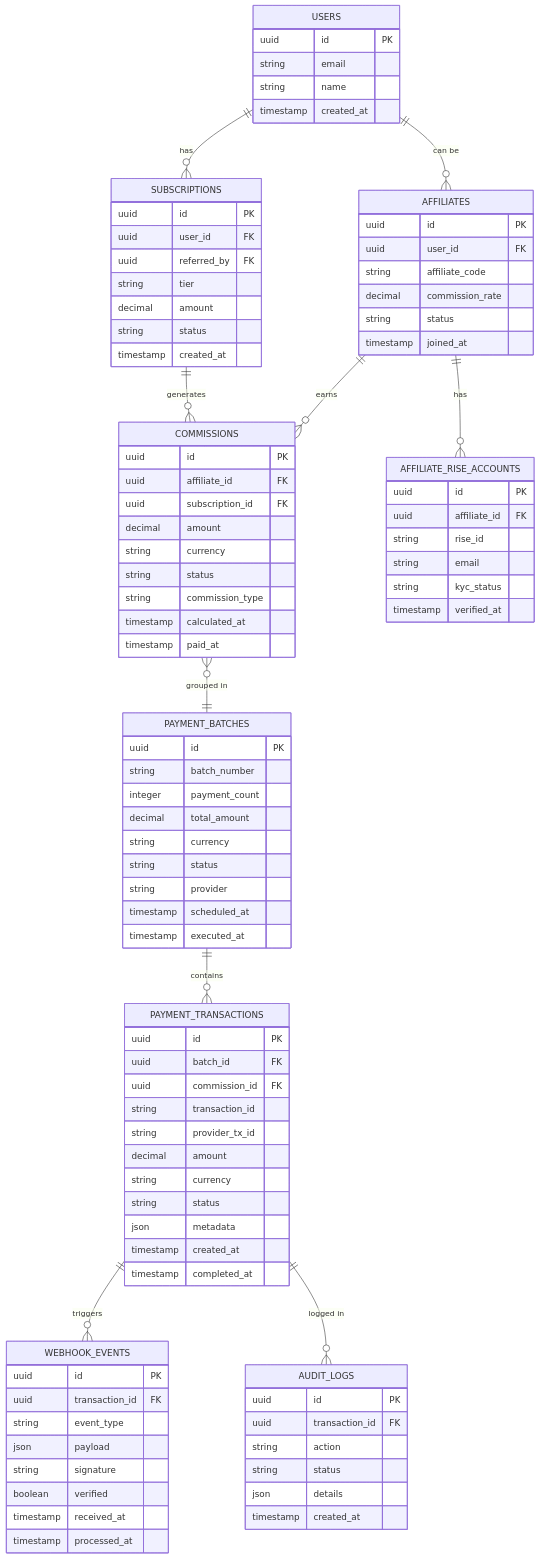
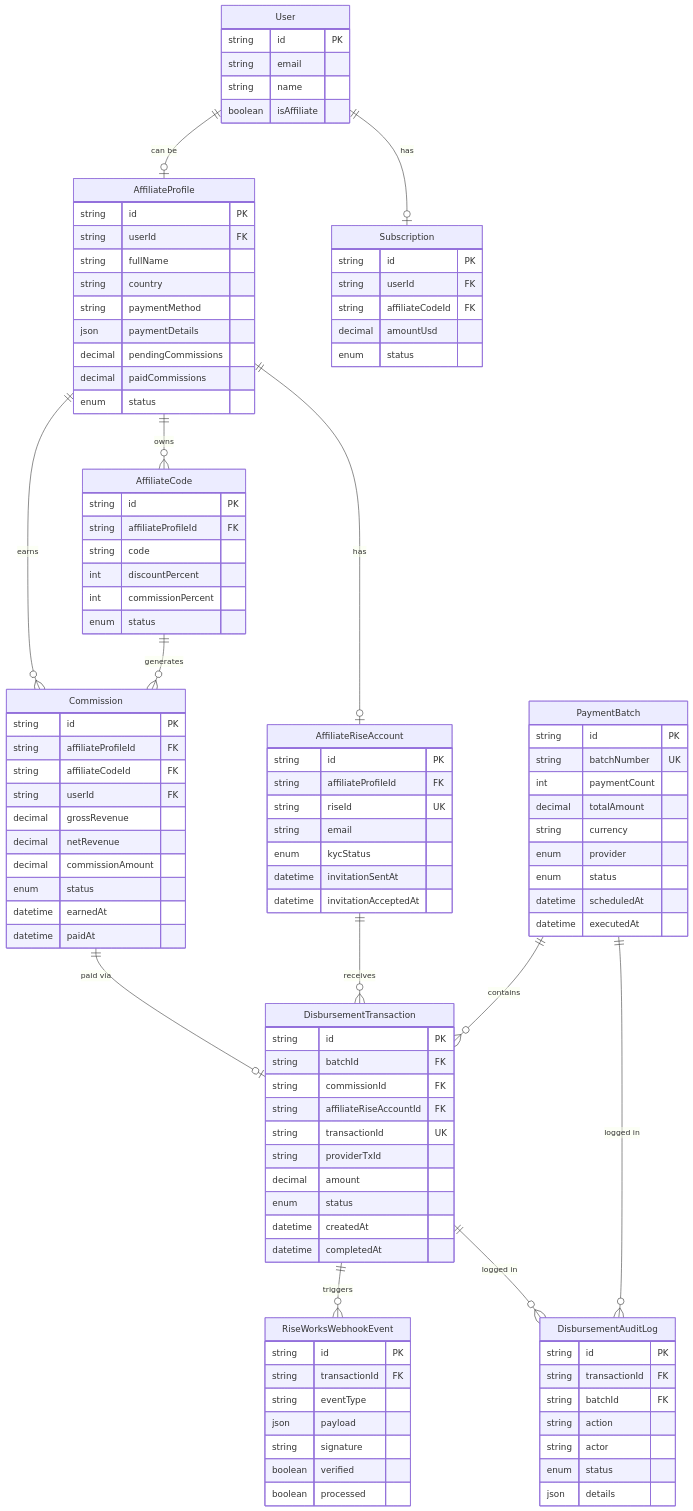
One commit to ripper7375/trading-alerts-saas-public changed the fourth of 13 diagrams in riseworks/riseworks-disbursement-architecture-design.md. Above: the diagram before and after it, drawn with Mermaid. The commit also changed other lines of this file, not shown here.

First line of the commit message:
fix(part-19): resolve all conflicts between architecture design and Part 17

````diff
--- a/riseworks/riseworks-disbursement-architecture-design.md
+++ b/riseworks/riseworks-disbursement-architecture-design.md
@@ -594,105 +597,124 @@
 ```mermaid
 erDiagram
-    USERS ||--o{ AFFILIATES : "can be"
-    AFFILIATES ||--o{ COMMISSIONS : "earns"
-    USERS ||--o{ SUBSCRIPTIONS : "has"
-    SUBSCRIPTIONS ||--o{ COMMISSIONS : "generates"
-    COMMISSIONS }o--|| PAYMENT_BATCHES : "grouped in"
-    PAYMENT_BATCHES ||--o{ PAYMENT_TRANSACTIONS : "contains"
-    AFFILIATES ||--o{ AFFILIATE_RISE_ACCOUNTS : "has"
-    PAYMENT_TRANSACTIONS ||--o{ WEBHOOK_EVENTS : "triggers"
-    PAYMENT_TRANSACTIONS ||--o{ AUDIT_LOGS : "logged in"
+    %% EXISTING MODELS (Part 17 - DO NOT RECREATE)
+    User ||--o| AffiliateProfile : "can be"
+    AffiliateProfile ||--o{ Commission : "earns"
+    AffiliateProfile ||--o{ AffiliateCode : "owns"
+    User ||--o| Subscription : "has"
+    AffiliateCode ||--o{ Commission : "generates"
 
-    USERS {
-        uuid id PK
+    %% NEW MODELS (Part 19)
+    AffiliateProfile ||--o| AffiliateRiseAccount : "has"
+    Commission ||--o| DisbursementTransaction : "paid via"
+    PaymentBatch ||--o{ DisbursementTransaction : "contains"
+    AffiliateRiseAccount ||--o{ DisbursementTransaction : "receives"
+    DisbursementTransaction ||--o{ RiseWorksWebhookEvent : "triggers"
+    DisbursementTransaction ||--o{ DisbursementAuditLog : "logged in"
+    PaymentBatch ||--o{ DisbursementAuditLog : "logged in"
+
+    %% Part 17 - EXISTING (shown for reference)
+    User {
+        string id PK
         string email
         string name
-        timestamp created_at
+        boolean isAffiliate
     }
 
-    AFFILIATES {
-        uuid id PK
-        uuid user_id FK
-        string affiliate_code
-        decimal commission_rate
-        string status
-        timestamp joined_at
+    AffiliateProfile {
+        string id PK
+        string userId FK
+        string fullName
+        string country
+        string paymentMethod
+        json paymentDetails
+        decimal pendingCommissions
+        decimal paidCommissions
+        enum status
     }
 
-    AFFILIATE_RISE_ACCOUNTS {
-        uuid id PK
-        uuid affiliate_id FK
-        string rise_id
-        string email
-        string kyc_status
-        timestamp verified_at
+    AffiliateCode {
+        string id PK
+        string affiliateProfileId FK
+        string code
+        int discountPercent
+        int commissionPercent
+        enum status
     }
 
-    SUBSCRIPTIONS {
-        uuid id PK
-        uuid user_id FK
-        uuid referred_by FK
-        string tier
-        decimal amount
-        string status
-        timestamp created_at
+    Commission {
+        string id PK
+        string affiliateProfileId FK
+        string affiliateCodeId FK
+        string userId FK
+        decimal grossRevenue
+        decimal netRevenue
+        decimal commissionAmount
+        enum status
+        datetime earnedAt
+        datetime paidAt
     }
 
-    COMMISSIONS {
-        uuid id PK
-        uuid affiliate_id FK
-        uuid subscription_id FK
-        decimal amount
-        string currency
-        string status
-        string commission_type
-        timestamp calculated_at
-        timestamp paid_at
+    Subscription {
+        string id PK
+        string userId FK
+        string affiliateCodeId FK
+        decimal amountUsd
+        enum status
     }
 
-    PAYMENT_BATCHES {
-        uuid id PK
-        string batch_number
-        integer payment_count
-        decimal total_amount
-        string currency
-        string status
-        string provider
-        timestamp scheduled_at
-        timestamp executed_at
+    %% Part 19 - NEW MODELS
+    AffiliateRiseAccount {
+        string id PK
+        string affiliateProfileId FK
+        string riseId UK
+        string email
+        enum kycStatus
+        datetime invitationSentAt
+        datetime invitationAcceptedAt
     }
 
-    PAYMENT_TRANSACTIONS {
-        uuid id PK
-        uuid batch_id FK
-        uuid commission_id FK
-        string transaction_id
-        string provider_tx_id
-        decimal amount
+    PaymentBatch {
+        string id PK
+        string batchNumber UK
+        int paymentCount
+        decimal totalAmount
         string currency
-        string status
-        json metadata
-        timestamp created_at
-        timestamp completed_at
+        enum provider
+        enum status
+        datetime scheduledAt
+        datetime executedAt
     }
 
-    WEBHOOK_EVENTS {
-        uuid id PK
-        uuid transaction_id FK
-        string event_type
+    DisbursementTransaction {
+        string id PK
+        string batchId FK
+        string commissionId FK
+        string affiliateRiseAccountId FK
+        string transactionId UK
+        string providerTxId
+        decimal amount
+        enum status
+        datetime createdAt
+        datetime completedAt
+    }
+
+    RiseWorksWebhookEvent {
+        string id PK
+        string transactionId FK
+        string eventType
         json payload
         string signature
         boolean verified
-        timestamp received_at
-        timestamp processed_at
+        boolean processed
     }
 
-    AUDIT_LOGS {
-        uuid id PK
-        uuid transaction_id FK
+    DisbursementAuditLog {
+        string id PK
+        string transactionId FK
+        string batchId FK
         string action
-        string status
+        string actor
+        enum status
         json details
-        timestamp created_at
     }
 ```
````
